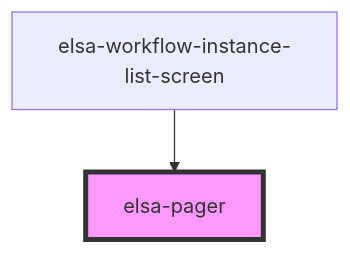
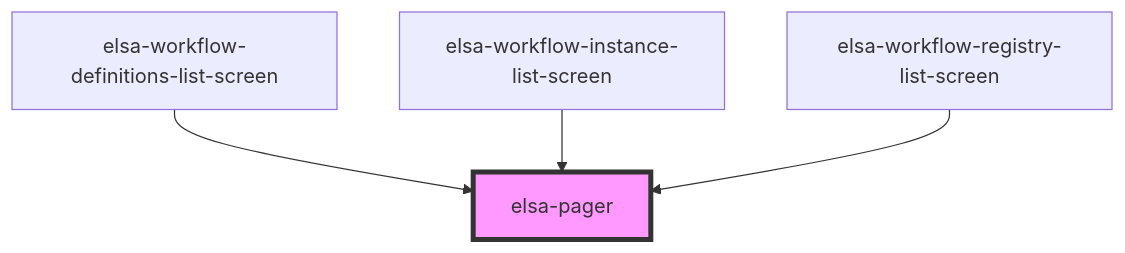
One commit to elsa-workflows/elsa-core changed the diagram in src/designer/elsa-workflows-studio/src/components/controls/elsa-pager/readme.md. Above: the diagram before and after it, drawn with Mermaid. The commit also changed other lines of this file and 9 other files, not shown here.

````diff
--- a/src/designer/elsa-workflows-studio/src/components/controls/elsa-pager/readme.md
+++ b/src/designer/elsa-workflows-studio/src/components/controls/elsa-pager/readme.md
@@ -34,5 +36,7 @@
 ```mermaid
 graph TD;
+  elsa-workflow-definitions-list-screen --> elsa-pager
   elsa-workflow-instance-list-screen --> elsa-pager
+  elsa-workflow-registry-list-screen --> elsa-pager
   style elsa-pager fill:#f9f,stroke:#333,stroke-width:4px
 ```
````
